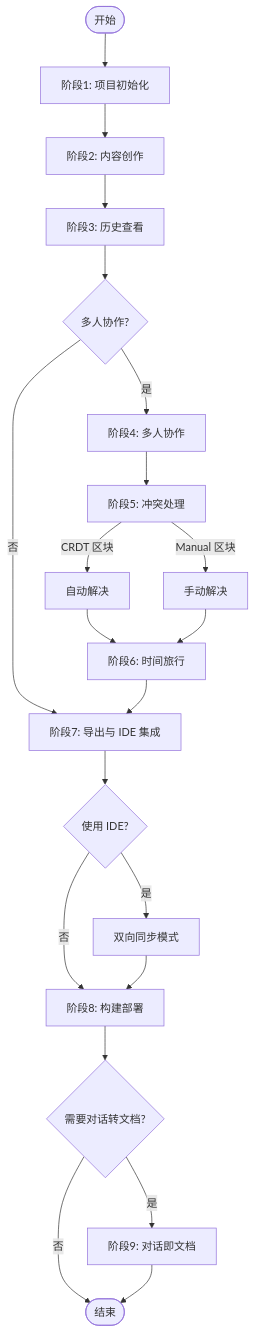
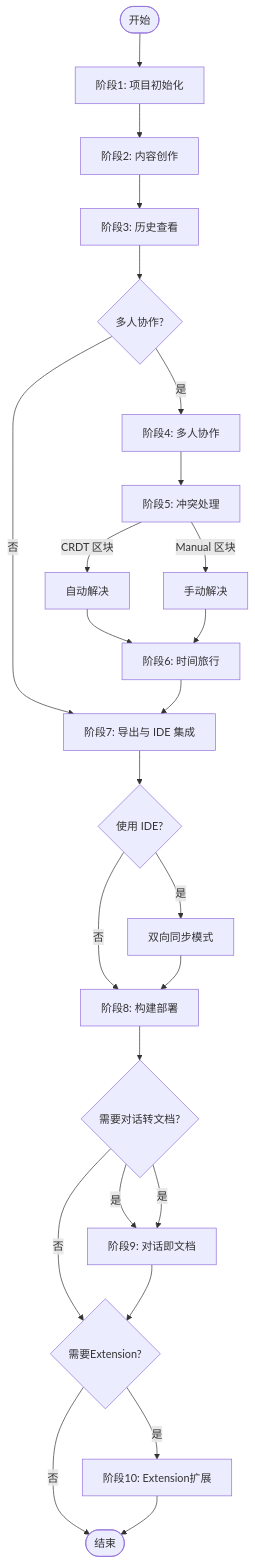
Diagram 11 of 11 in docs/src/02-quickstart.md (allenwoods/elfi), drawn with Mermaid before and after one commit. The commit also changed other lines of this file and 64 other files, not shown here.

Commit message:
更新Cargo.toml以支持工作区结构，新增多个模块的依赖配置。同时，完善开发文档，强调TDD开发流程和贡献指南，提升新开发者的入门体验。新增ELFI开发路线图，明确项目进度和模块职责，确保开发过程的透明性和可追溯性。优化README文档，提供更清晰的开发者文档链接和项目概述，增强用户对ELFI工具的理解和使用体验。

````diff
--- a/docs/src/02-quickstart.md
+++ b/docs/src/02-quickstart.md
@@ -1040,29 +1164,33 @@
 ```mermaid
 flowchart TD
     Start([开始]) --> Init[阶段1: 项目初始化]
     Init --> CreateContent[阶段2: 内容创作]
     CreateContent --> HistoryCheck[阶段3: 历史查看]
     
     HistoryCheck --> Collaborate{多人协作?}
     Collaborate -->|是| Stage4[阶段4: 多人协作]
     Collaborate -->|否| Export
     
     Stage4 --> ConflictCheck[阶段5: 冲突处理]
     ConflictCheck -->|CRDT 区块| AutoResolve[自动解决]
     ConflictCheck -->|Manual 区块| ManualResolve[手动解决]
     
     AutoResolve --> TimeTravel[阶段6: 时间旅行]
     ManualResolve --> TimeTravel
     TimeTravel --> Export
     
     Export[阶段7: 导出与 IDE 集成] --> IDEMode{使用 IDE?}
     IDEMode -->|是| IDEIntegration[双向同步模式]
     IDEMode -->|否| BuildDeploy[阶段8: 构建部署]
     IDEIntegration --> BuildDeploy
     
     BuildDeploy --> ConversationDoc{需要对话转文档?}
     ConversationDoc -->|是| Stage9[阶段9: 对话即文档]
-    ConversationDoc -->|否| End([结束])
-    Stage9 --> End
+    ConversationDoc -->|否| ExtensionCheck{需要Extension?}
+    ConversationDoc -->|是| Stage9[阶段9: 对话即文档]
+    Stage9 --> ExtensionCheck
+    ExtensionCheck -->|是| Stage10[阶段10: Extension扩展]
+    ExtensionCheck -->|否| End([结束])
+    Stage10 --> End
     
 ```
````
